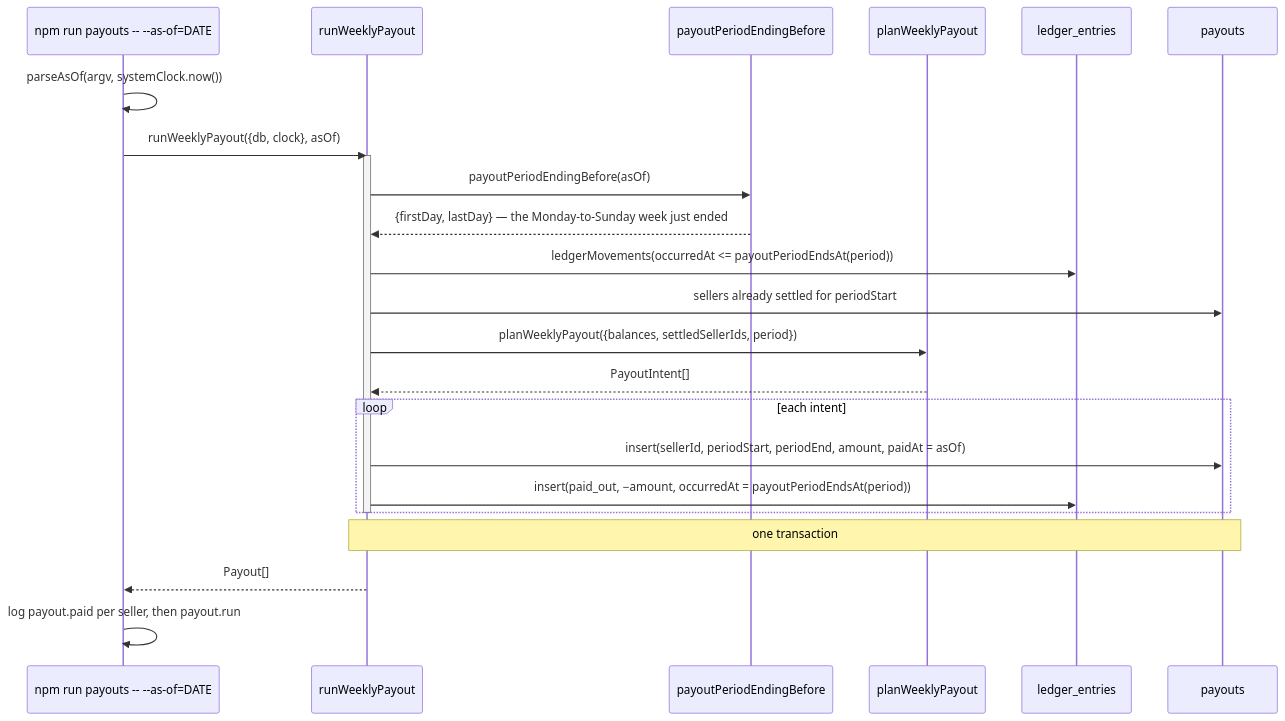
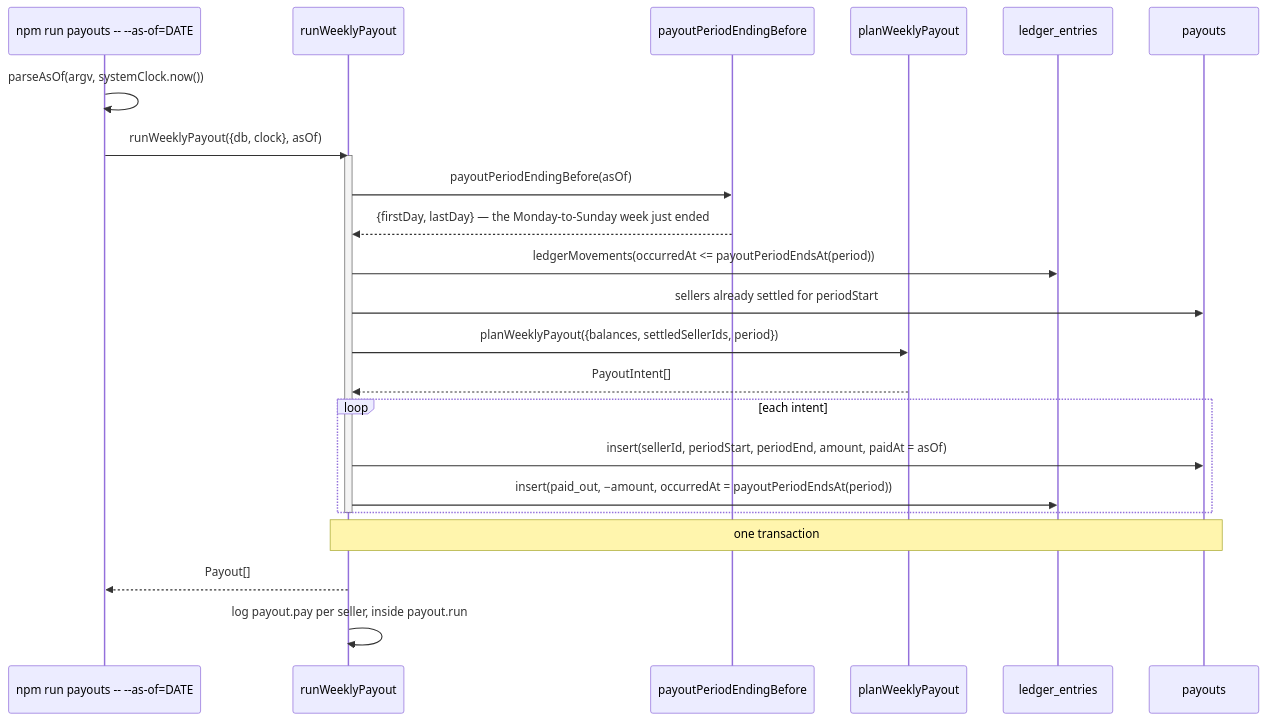
One commit to jonathan-beebe/art-store changed the second of 2 diagrams in prototype/node/docs/escrow.md. Above: the diagram before and after it, drawn with Mermaid. The commit also changed other lines of this file and 429 other files, not shown here.

````diff
--- a/prototype/node/docs/escrow.md
+++ b/prototype/node/docs/escrow.md
@@ -59,27 +87,27 @@
 ```mermaid
 sequenceDiagram
     participant CLI as npm run payouts -- --as-of=DATE
     participant Run as runWeeklyPayout
     participant Period as payoutPeriodEndingBefore
     participant Plan as planWeeklyPayout
     participant Ledger as ledger_entries
     participant Payouts as payouts
 
     CLI->>CLI: parseAsOf(argv, systemClock.now())
     CLI->>Run: runWeeklyPayout({db, clock}, asOf)
     activate Run
     Run->>Period: payoutPeriodEndingBefore(asOf)
     Period-->>Run: {firstDay, lastDay} — the Monday-to-Sunday week just ended
     Run->>Ledger: ledgerMovements(occurredAt <= payoutPeriodEndsAt(period))
     Run->>Payouts: sellers already settled for periodStart
     Run->>Plan: planWeeklyPayout({balances, settledSellerIds, period})
     Plan-->>Run: PayoutIntent[]
     loop each intent
         Run->>Payouts: insert(sellerId, periodStart, periodEnd, amount, paidAt = asOf)
         Run->>Ledger: insert(paid_out, −amount, occurredAt = payoutPeriodEndsAt(period))
     end
     deactivate Run
     Note over Run,Payouts: one transaction
     Run-->>CLI: Payout[]
-    CLI->>CLI: log payout.paid per seller, then payout.run
+    Run->>Run: log payout.pay per seller, inside payout.run
 ```
````
